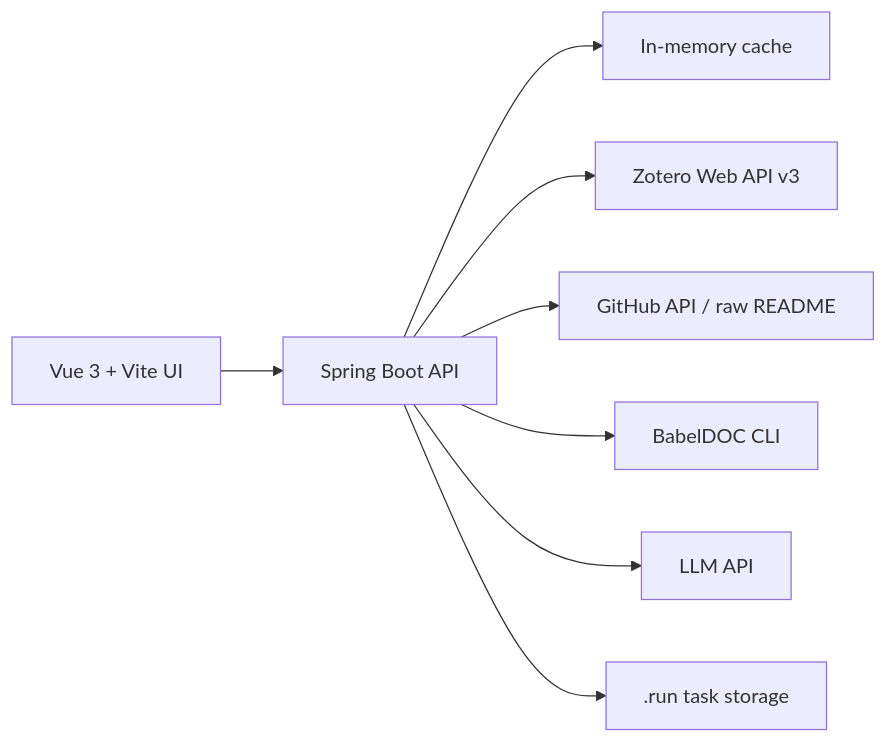
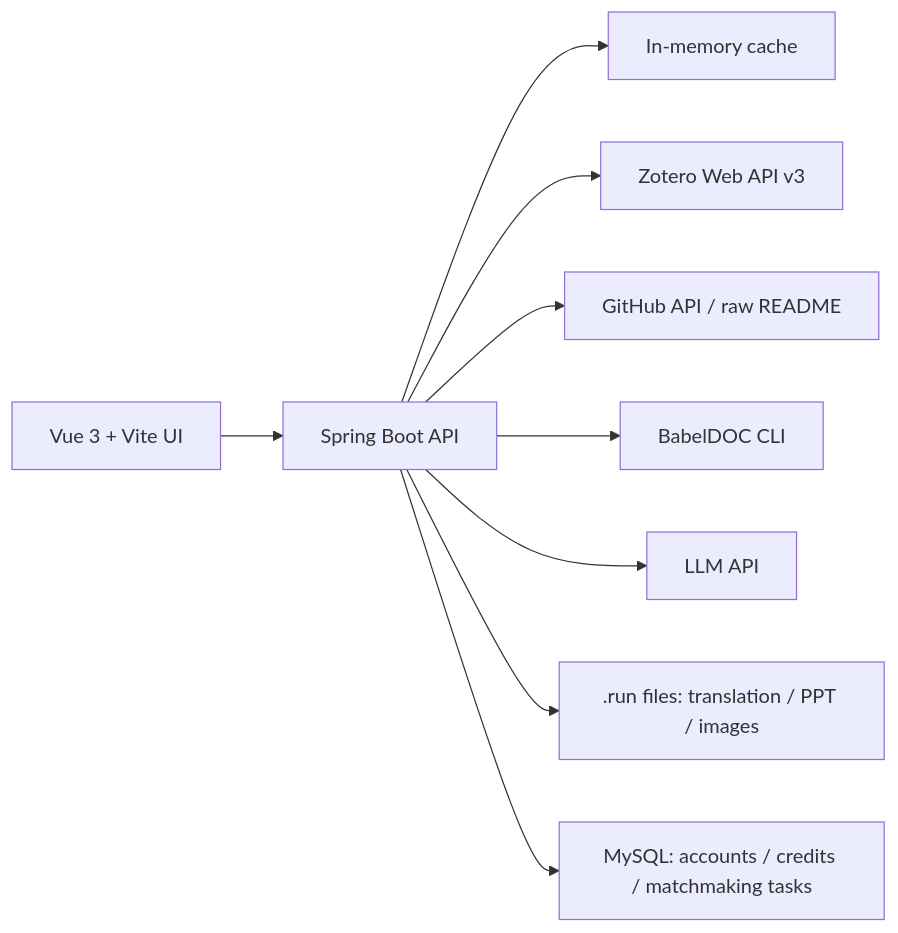
One commit to Shimmersss/my_web changed the diagram in README.md. Above: the diagram before and after it, drawn with Mermaid. The commit also changed other lines of this file and 3 other files, not shown here.

````diff
--- a/README.md
+++ b/README.md
@@ -46,10 +55,11 @@
 ```mermaid
 flowchart LR
   Browser["Vue 3 + Vite UI"] --> API["Spring Boot API"]
   API --> Cache["In-memory cache"]
   API --> Zotero["Zotero Web API v3"]
   API --> GitHub["GitHub API / raw README"]
   API --> BabelDOC["BabelDOC CLI"]
   API --> LLM["LLM API"]
-  API --> Disk[".run task storage"]
+  API --> Disk[".run files: translation / PPT / images"]
+  API --> SQL["MySQL: accounts / credits / matchmaking tasks"]
 ```
````
